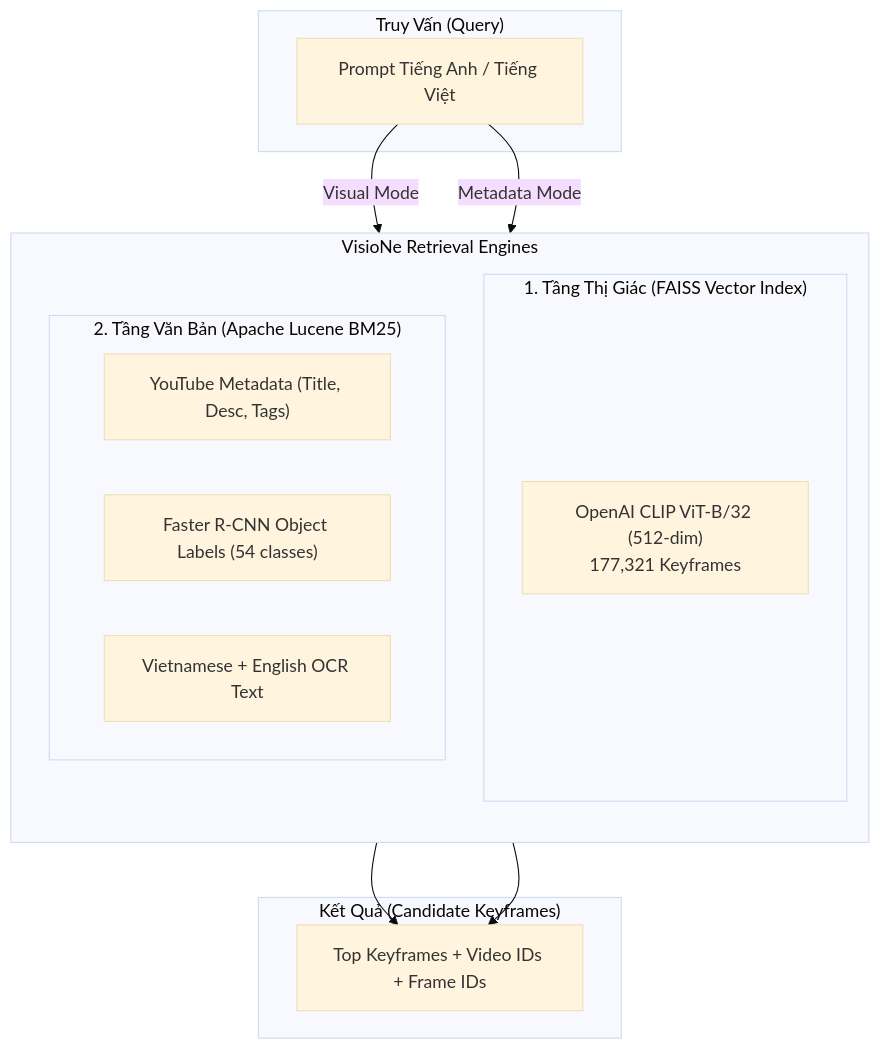
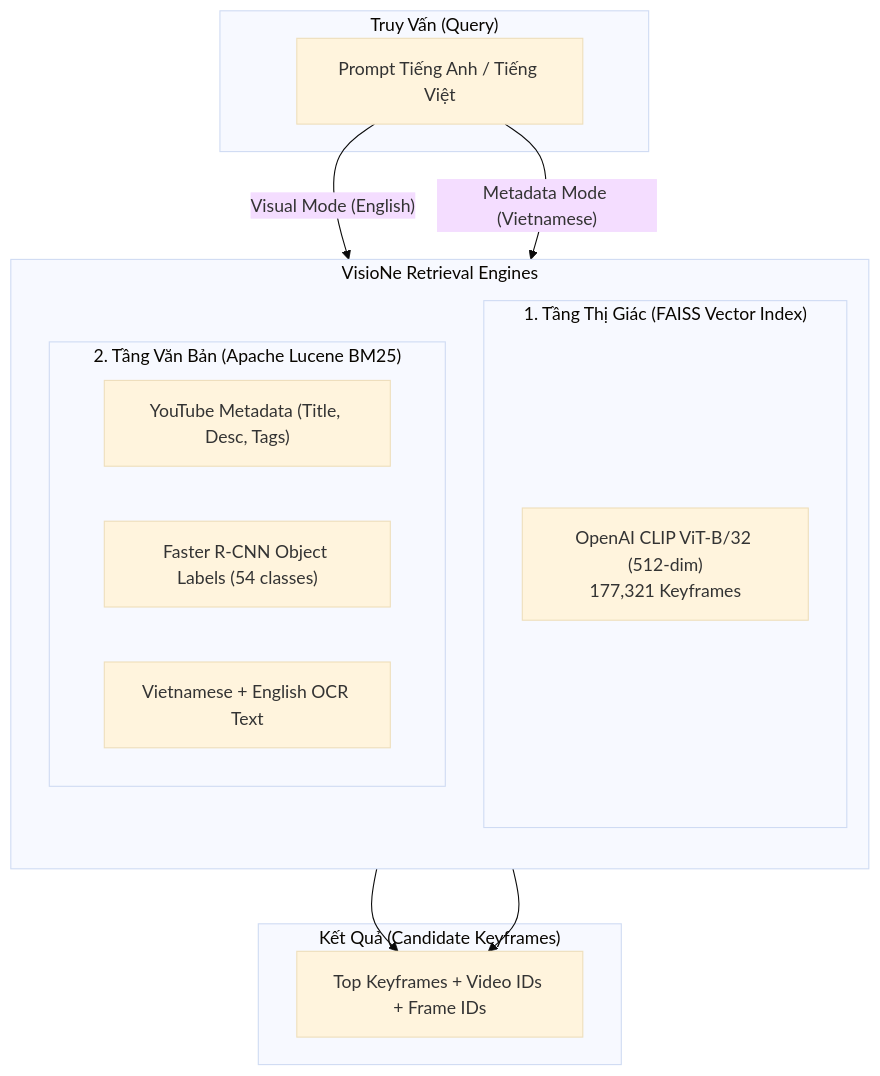
Before and after one commit to Azunn0801/AIC-visione: the diagram in README.md, drawn with Mermaid (base theme). The commit also changed other lines of this file and 7 other files, not shown here.

````diff
--- a/README.md
+++ b/README.md
@@ -21,25 +22,25 @@
 ```mermaid
 flowchart TD
     subgraph Input ["Truy Vấn (Query)"]
         Q_Text["Prompt Tiếng Anh / Tiếng Việt"]
     end
 
     subgraph Backend ["VisioNe Retrieval Engines"]
         direction TB
         subgraph Visual ["1. Tầng Thị Giác (FAISS Vector Index)"]
             CLIP["OpenAI CLIP ViT-B/32 (512-dim)<br>177,321 Keyframes"]
         end
         subgraph Textual ["2. Tầng Văn Bản (Apache Lucene BM25)"]
             META["YouTube Metadata (Title, Desc, Tags)"]
             OBJ["Faster R-CNN Object Labels (54 classes)"]
             OCR["Vietnamese + English OCR Text"]
         end
     end
 
     subgraph Output ["Kết Quả (Candidate Keyframes)"]
         RES["Top Keyframes + Video IDs + Frame IDs"]
     end
 
-    Q_Text -->|"Visual Mode"| CLIP --> RES
-    Q_Text -->|"Metadata Mode"| Textual --> RES
+    Q_Text -->|"Visual Mode (English)"| CLIP --> RES
+    Q_Text -->|"Metadata Mode (Vietnamese)"| Textual --> RES
 ```
````
